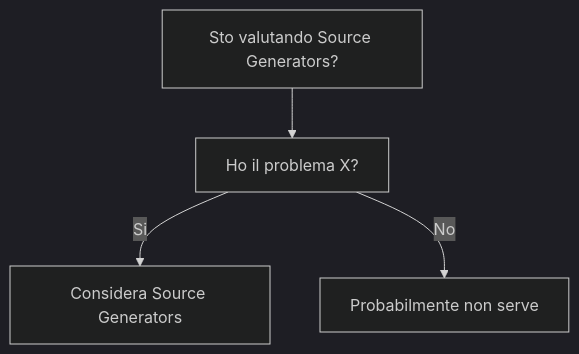
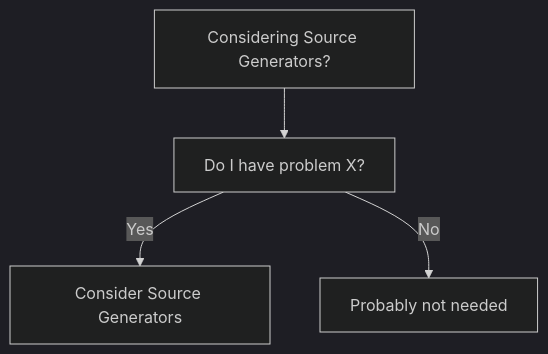
Before and after one commit to HxT9/Software-Dev-Wiki: the diagram in dev-wiki/14_Languages/CSharp/Source_Generators/When_To_Use.md, drawn with Mermaid (dark theme). The commit also changed other lines of this file and 3444 other files, not shown here.

````diff
--- a/dev-wiki/14_Languages/CSharp/Source_Generators/When_To_Use.md
+++ b/dev-wiki/14_Languages/CSharp/Source_Generators/When_To_Use.md
@@ -19,6 +19,6 @@
 ```mermaid
 flowchart TD
-  Q[Sto valutando Source Generators?] --> Q1[Ho il problema X?]
-  Q1 -->|Si| OK[Considera Source Generators]
-  Q1 -->|No| NO[Probabilmente non serve]
+  Q[Considering Source Generators?] --> Q1[Do I have problem X?]
+  Q1 -->|Yes| OK[Consider Source Generators]
+  Q1 -->|No| NO[Probably not needed]
 ```
````
